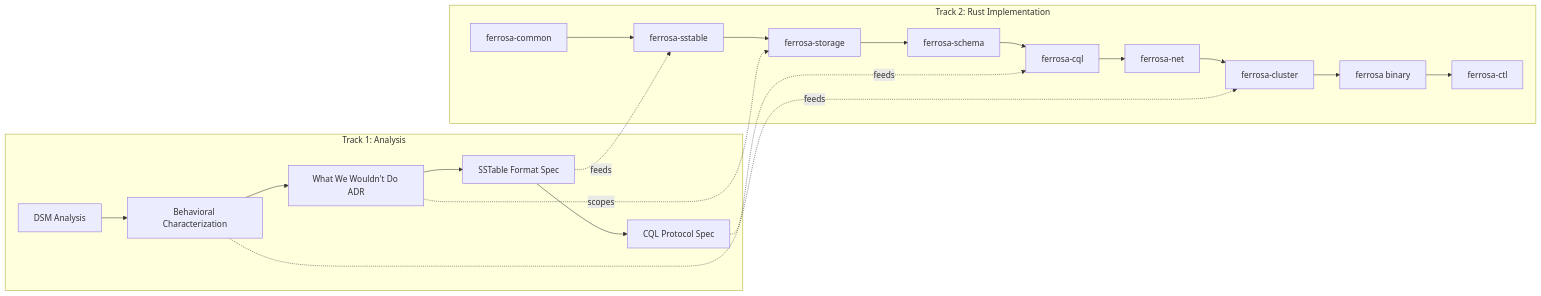
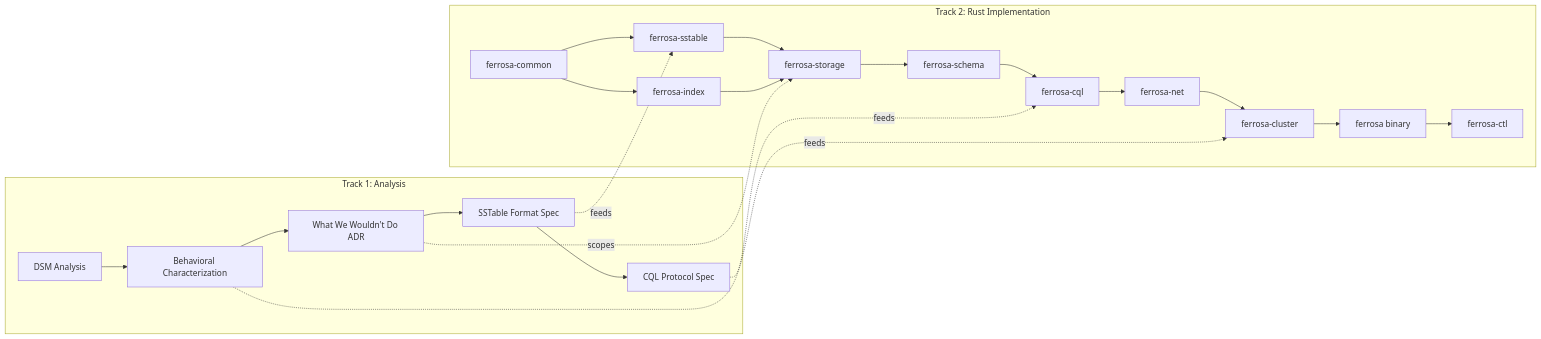
The second of 2 diagrams in specs/overview.md (ferrosadb/ferrosa), drawn with Mermaid before and after one commit. The commit also changed other lines of this file and 5 other files, not shown here.

````diff
--- a/specs/overview.md
+++ b/specs/overview.md
@@ -66,25 +69,27 @@
 ```mermaid
 graph LR
     subgraph "Track 1: Analysis"
         A1[DSM Analysis] --> A2[Behavioral Characterization]
         A2 --> A3[What We Wouldn't Do ADR]
         A3 --> A4[SSTable Format Spec]
         A4 --> A5[CQL Protocol Spec]
     end
 
     subgraph "Track 2: Rust Implementation"
         R1[ferrosa-common] --> R2[ferrosa-sstable]
+        R1 --> R2b[ferrosa-index]
         R2 --> R3[ferrosa-storage]
+        R2b --> R3
         R3 --> R4[ferrosa-schema]
         R4 --> R5[ferrosa-cql]
         R5 --> R6[ferrosa-net]
         R6 --> R7[ferrosa-cluster]
         R7 --> R8[ferrosa binary]
         R8 --> R9[ferrosa-ctl]
     end
 
     A4 -.->|feeds| R2
     A5 -.->|feeds| R5
     A2 -.->|feeds| R7
     A3 -.->|scopes| R3
 ```
````
